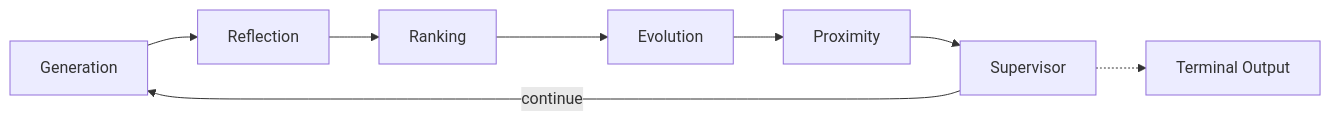
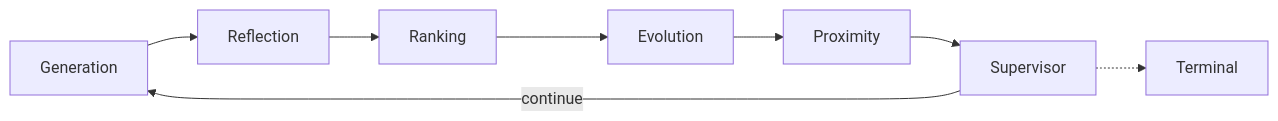
Before and after one commit to 0xClandestine/eureka: the second of 5 diagrams in README.md, drawn with Mermaid. The commit also changed other lines of this file and 1 other file, not shown here.

````diff
--- a/README.md
+++ b/README.md
@@ -11,10 +28,10 @@
 ```mermaid
 flowchart LR
     gen[Generation] --> ref[Reflection]
     ref --> rank[Ranking]
     rank --> evo[Evolution]
     evo --> prox[Proximity]
     prox --> sup[Supervisor]
     sup -- continue --> gen
-    sup -.-> halt[Terminal Output]
+    sup -.-> halt[Terminal]
 ```
````
